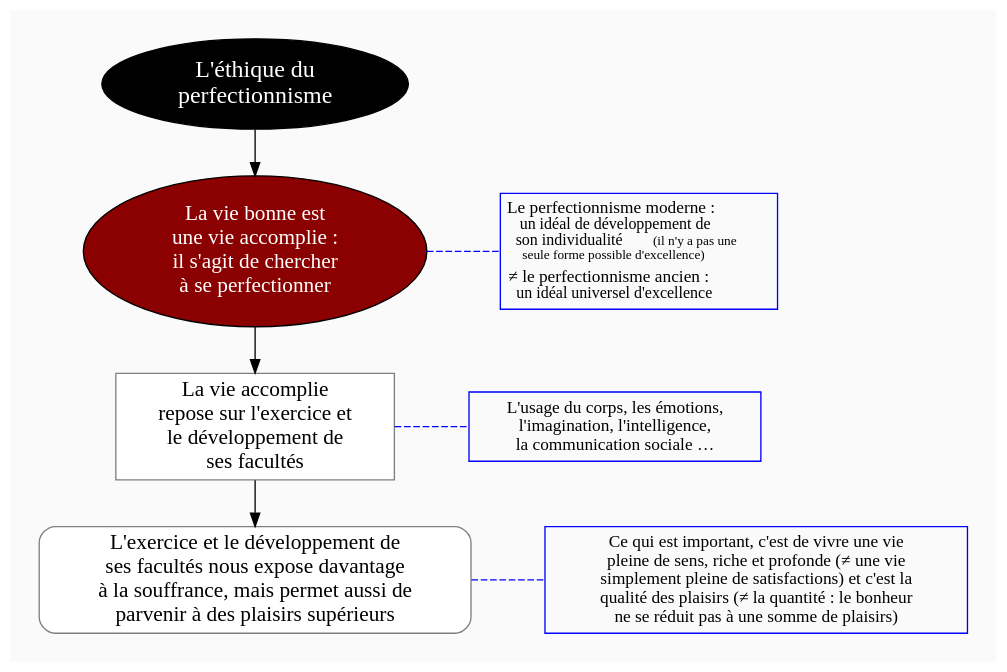
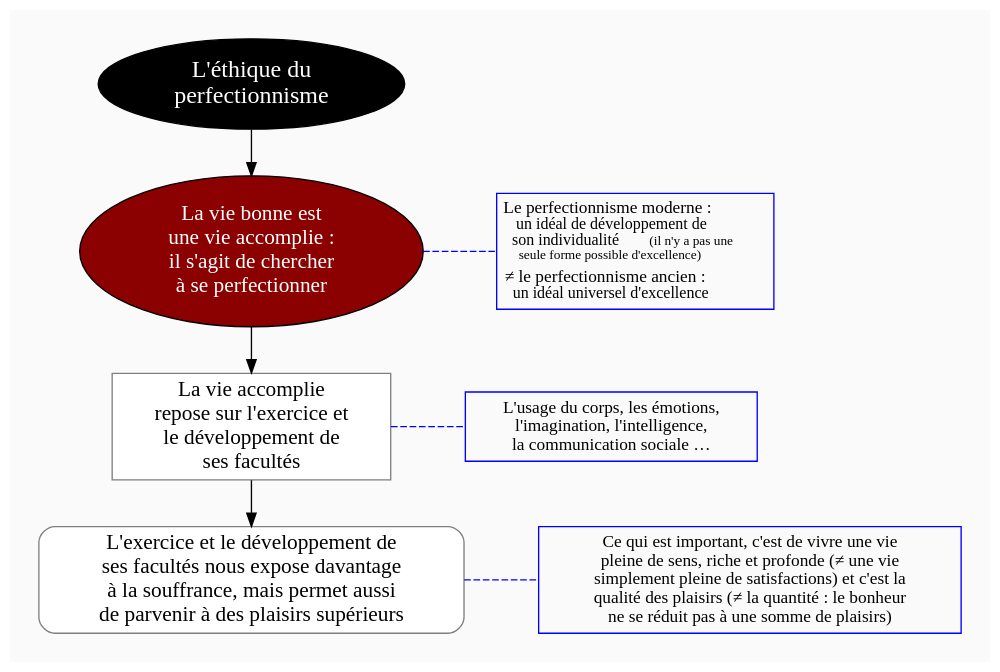
One commit to eyssette/graphviz-examples changed the diagram in diagram/perfectionnisme.dot. Above: the diagram before and after it, drawn with Graphviz.

```diff
--- a/diagram/perfectionnisme.dot
+++ b/diagram/perfectionnisme.dot
@@ -1,95 +1,95 @@
 digraph G {
 // Template : diagram
 // Usage : cours sur le bonheur et le désir
 // Référence : perfectionnisme moral
 
 //rankdir=LR
 splines=true
 //splines=curved
 bgcolor=grey98
 pad=0.3
 style=filled
 edge[minlen=4]
 ranksep=0.1
 nodesep=0.2 // valeur à changer ?
 
 // NIVEAU 1
 node[style=filled; fillcolor=12 ; fontcolor=white ; fontsize=18]
 // a1[label=""]
 a1[label="L'éthique du
 perfectionnisme"]
 
 
 // NIVEAU 2
 node[style=filled;fillcolor=red4;fontcolor=white; fontsize=16]
 // b1[label=""]
 a1->b1[headport=n]
 
 b1[label="La vie bonne est
 une vie accomplie :
 il s'agit de chercher
 à se perfectionner"]
 
 // NIVEAU 3 (sans intermédiaire)
 node [shape=box; style=filled;fillcolor=white;fontcolor=black;color=grey50]
 // c1[label=""]
 b1->c1
 c1[label="La vie accomplie
 repose sur l'exercice et
 le développement de
 ses facultés"]
 
 // INTERMEDIAIRE AVANT NIVEAU 3
 node[style=filled;fillcolor=grey78;shape=oval]
 // [arrowhead=none]
 // bc1[label=""]
 
 // NIVEAU 3 (avec intermédiaire)
 node[style="filled";fillcolor=white;shape=box;color=grey50]
 // c1[label=""]
 
 // NIVEAU 4
 node[style="filled, rounded";fillcolor=white;shape=box;color=grey50]
 // d1[label=""]
 c1->d1
 d1[label="L'exercice et le développement de
 ses facultés nous expose davantage
-à la souffrance, mais permet aussi de
-parvenir à des plaisirs supérieurs"]
+à la souffrance, mais permet aussi
+de parvenir à des plaisirs supérieurs"]
 
 // ETIQUETTES EN ROUGE
 node[shape=plaintext;fontcolor=firebrick3;fillcolor=grey98]
 // e1[label=< <B>= Titre</B><BR /><BR />Contenu<BR /> >]
 // e1[label=""]
 // ->e1[minlen=1;style=invis]
 
 
 // Remarques
 node[color=blue;shape=box;style=filled;margin=0.07;fontcolor=black;fontsize=13]
 edge[color=blue;arrowhead="none";xlabel="";style=dashed]
 // r1[label=""]
 // {rank=same;->r1}
 // {rank=same;r1->[dir=back]}
 
 {rank=same;b1->r1}
 {rank=same;c1->r2}
 {rank=same;d1->r3}
 
 r1[label=<Le perfectionnisme moderne :<br/>
 <font point-size="12">un idéal de développement de<br/>
 son individualité </font><font point-size="10">(il n'y a pas une<br/>
 seule forme possible d'excellence)</font><br/>
 <font point-size="5"><br/></font>
 ≠ le perfectionnisme ancien :<br/>
 <font point-size="12">un idéal universel d'excellence<br/></font>>]
 r2[label="L'usage du corps, les émotions,
 l'imagination, l'intelligence,
 la communication sociale …"]
 r3[label="Ce qui est important, c'est de vivre une vie
 pleine de sens, riche et profonde (≠ une vie
 simplement pleine de satisfactions) et c'est la
 qualité des plaisirs (≠ la quantité : le bonheur
 ne se réduit pas à une somme de plaisirs)"]
 
 
 }
```
